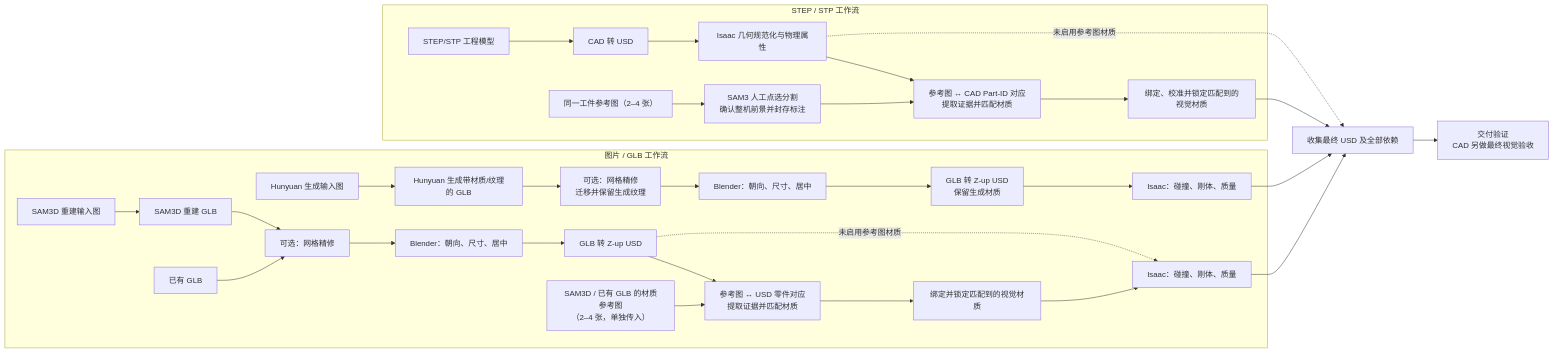
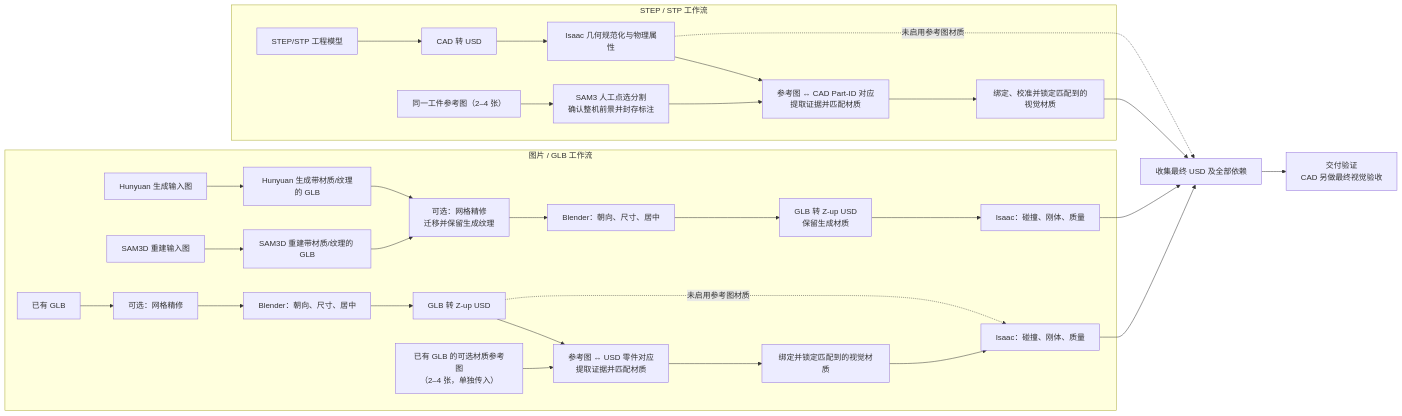
The diagram in docs/assets/diagrams/pipeline-flow.zh.mmd (xia13111-coder/hunyuan_creation_pipeline), drawn with Mermaid before and after one commit. The commit also changed 4 other files, not shown here.

```diff
--- a/docs/assets/diagrams/pipeline-flow.zh.mmd
+++ b/docs/assets/diagrams/pipeline-flow.zh.mmd
@@ -1,36 +1,36 @@
 flowchart LR
     subgraph GLB[图片 / GLB 工作流]
         H[Hunyuan 生成输入图] --> HG[Hunyuan 生成带材质/纹理的 GLB]
         HG --> HR[可选：网格精修<br/>迁移并保留生成纹理]
         HR --> HB[Blender：朝向、尺寸、居中]
         HB --> HU[GLB 转 Z-up USD<br/>保留生成材质]
-        S[SAM3D 重建输入图] --> SG[SAM3D 重建 GLB]
+        S[SAM3D 重建输入图] --> SG[SAM3D 重建带材质/纹理的 GLB]
+        SG --> HR
         E[已有 GLB]
-        SG --> R[可选：网格精修]
-        E --> R
+        E --> R[可选：网格精修]
         R --> B[Blender：朝向、尺寸、居中]
         B --> U[GLB 转 Z-up USD]
 
-        GVI[SAM3D / 已有 GLB 的材质参考图<br/>（2–4 张，单独传入）]
+        GVI[已有 GLB 的可选材质参考图<br/>（2–4 张，单独传入）]
         U --> GM[参考图 ↔ USD 零件对应<br/>提取证据并匹配材质]
         GVI --> GM
         GM --> GA[绑定并锁定匹配到的视觉材质]
         GA --> GP[Isaac：碰撞、刚体、质量]
         U -. 未启用参考图材质 .-> GP
         HU --> HP[Isaac：碰撞、刚体、质量]
     end
 
     subgraph CAD[STEP / STP 工作流]
         C[STEP/STP 工程模型] --> CU[CAD 转 USD]
         CU --> CP[Isaac 几何规范化与物理属性]
         VI[同一工件参考图（2–4 张）] --> SM[SAM3 人工点选分割<br/>确认整机前景并封存标注]
         SM --> CM[参考图 ↔ CAD Part-ID 对应<br/>提取证据并匹配材质]
         CP --> CM
         CM --> CA[绑定、校准并锁定匹配到的视觉材质]
     end
 
     HP --> F[收集最终 USD 及全部依赖]
     GP --> F
     CA --> F
     CP -. 未启用参考图材质 .-> F
     F --> V[交付验证<br/>CAD 另做最终视觉验收]
```
